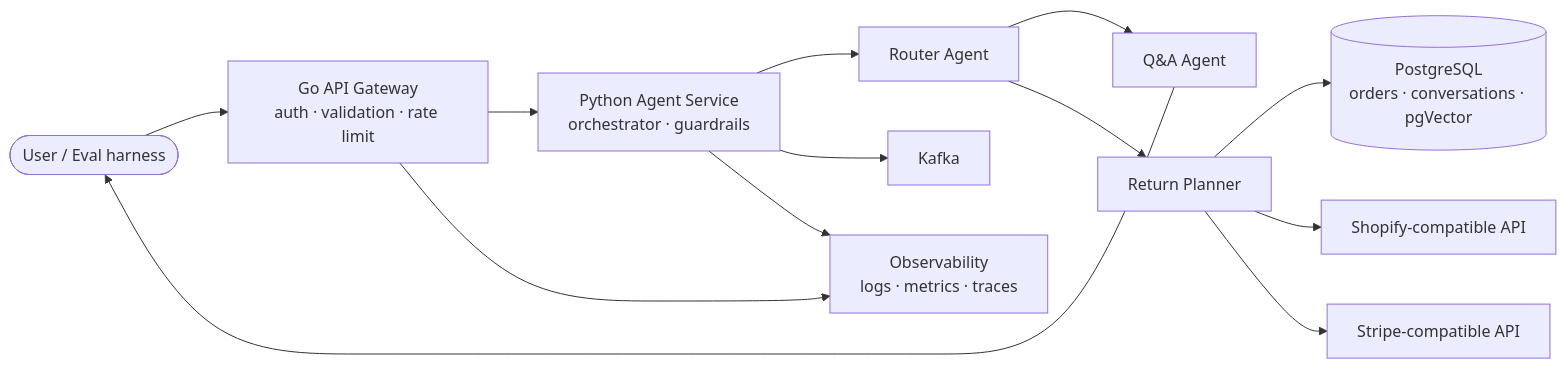
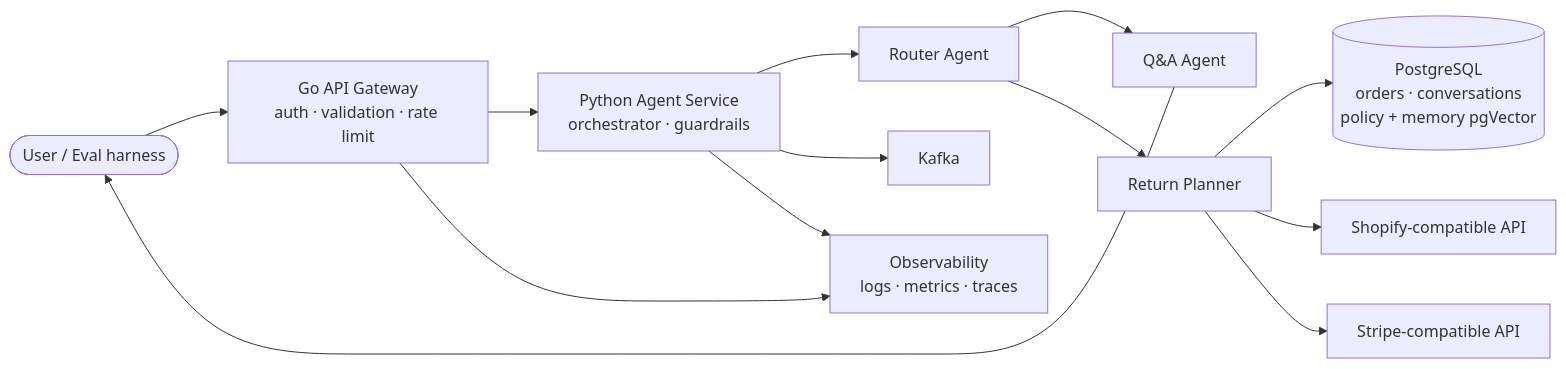
Before and after one commit to Neeraj8180/E-Commerce-Assistant: the diagram in README.md, drawn with Mermaid. The commit also changed other lines of this file and 34 other files, not shown here.

First line of the commit message:
Add pgVector memory, concurrent load test, and proof artifacts

````diff
--- a/README.md
+++ b/README.md
@@ -35,26 +104,26 @@
 ```mermaid
 flowchart LR
     User([User / Eval harness])
     GW[Go API Gateway<br/>auth · validation · rate limit]
     AG[Python Agent Service<br/>orchestrator · guardrails]
     R[Router Agent]
     Q[Q&A Agent]
     P[Return Planner]
-    DB[(PostgreSQL<br/>orders · conversations · pgVector)]
+    DB[(PostgreSQL<br/>orders · conversations<br/>policy + memory pgVector)]
     SH[Shopify-compatible API]
     ST[Stripe-compatible API]
     KF[Kafka]
     OBS[Observability<br/>logs · metrics · traces]
 
     User --> GW --> AG
     AG --> R
     R --> Q
     R --> P
     P --> DB
     P --> SH
     P --> ST
     Q --> User
     AG --> KF
     GW --> OBS
     AG --> OBS
 ```
````
